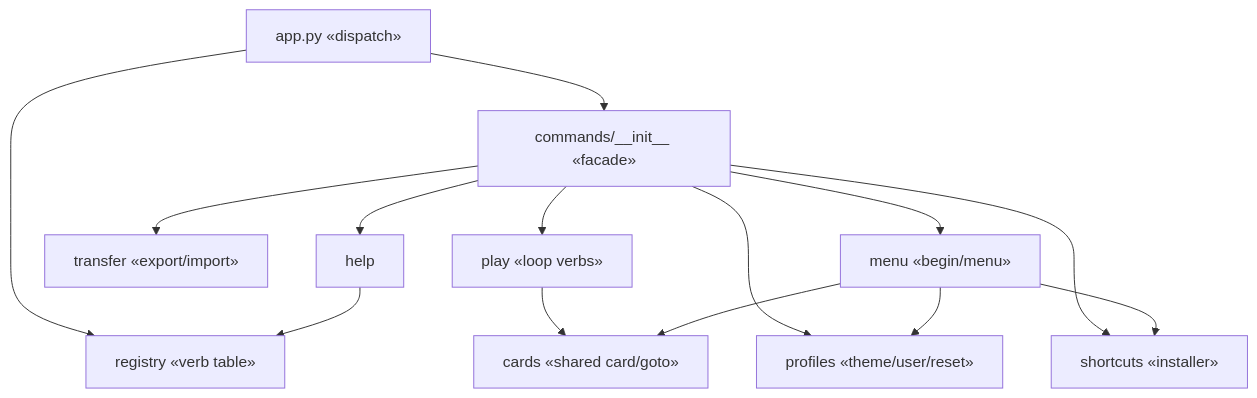
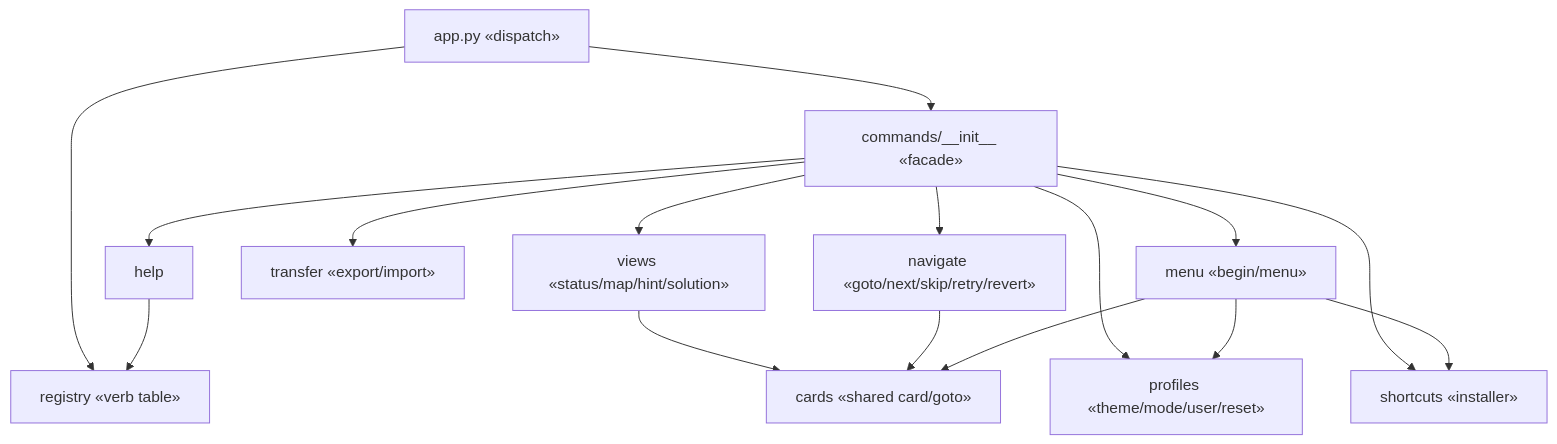
The first of 4 diagrams in docs/architecture/commands.md (N041M/PyQuest), drawn with Mermaid before and after one commit. The commit also changed other lines of this file and 8 other files, not shown here.

First line of the commit message:
Split commands/play.py into views and navigate (one concern each)

````diff
--- a/docs/architecture/commands.md
+++ b/docs/architecture/commands.md
@@ -8,16 +8,18 @@
 ```mermaid
 flowchart TB
     app["app.py «dispatch»"] --> registry["registry «verb table»"]
     app --> init["commands/__init__ «facade»"]
-    init --> play["play «loop verbs»"]
-    init --> profiles["profiles «theme/user/reset»"]
+    init --> views["views «status/map/hint/solution»"]
+    init --> nav["navigate «goto/next/skip/retry/revert»"]
+    init --> profiles["profiles «theme/mode/user/reset»"]
     init --> transfer["transfer «export/import»"]
     init --> shortcuts["shortcuts «installer»"]
     init --> menu["menu «begin/menu»"]
     init --> help["help"]
-    play --> cards["cards «shared card/goto»"]
+    views --> cards["cards «shared card/goto»"]
+    nav --> cards
     menu --> cards
     menu --> profiles
     menu --> shortcuts
     help --> registry
 ```
````
